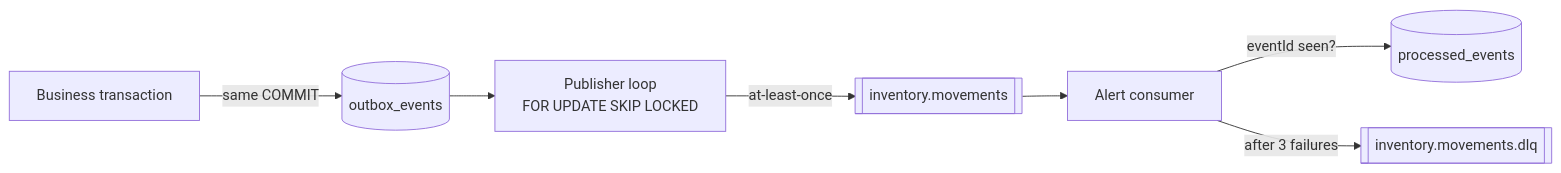
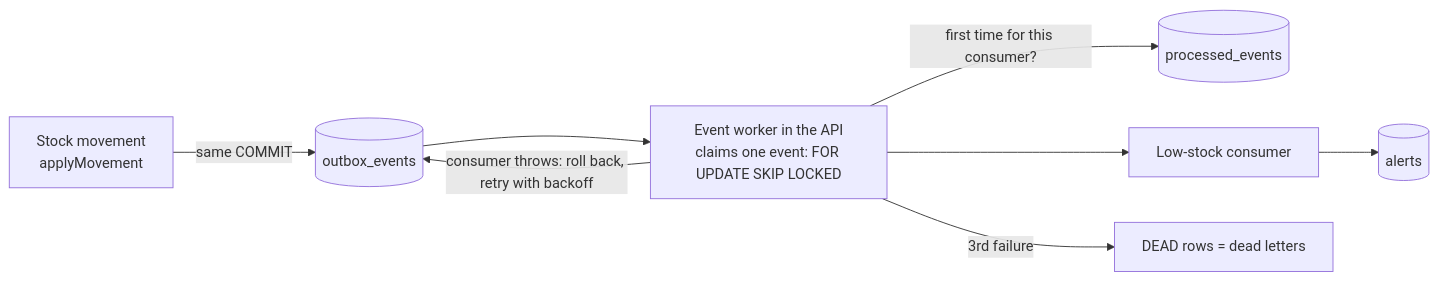
The fifth of 6 diagrams in docs/ARCHITECTURE.md (Hirockpaul/RetailPulse), drawn with Mermaid before and after one commit. The commit also changed other lines of this file and 41 other files, not shown here.

First line of the commit message:
feat: Day 5 — transactional outbox, in-API event worker, low-stock alerts (no Kafka)

````diff
--- a/docs/ARCHITECTURE.md
+++ b/docs/ARCHITECTURE.md
@@ -299,9 +306,10 @@
 ```mermaid
 flowchart LR
-  tx[Business transaction] -->|same COMMIT| outbox[(outbox_events)]
-  outbox --> pub[Publisher loop<br/>FOR UPDATE SKIP LOCKED]
-  pub -->|at-least-once| topic[[inventory.movements]]
-  topic --> cons[Alert consumer]
-  cons -->|eventId seen?| processed[(processed_events)]
-  cons -->|after 3 failures| dlq[[inventory.movements.dlq]]
+  tx[Stock movement<br/>applyMovement] -->|same COMMIT| outbox[(outbox_events)]
+  outbox --> w[Event worker in the API<br/>claims one event: FOR UPDATE SKIP LOCKED]
+  w -->|first time for this consumer?| processed[(processed_events)]
+  w --> cons[Low-stock consumer]
+  cons --> alerts[(alerts)]
+  w -->|consumer throws: roll back, retry with backoff| outbox
+  w -->|3rd failure| dead[DEAD rows = dead letters]
 ```
````
